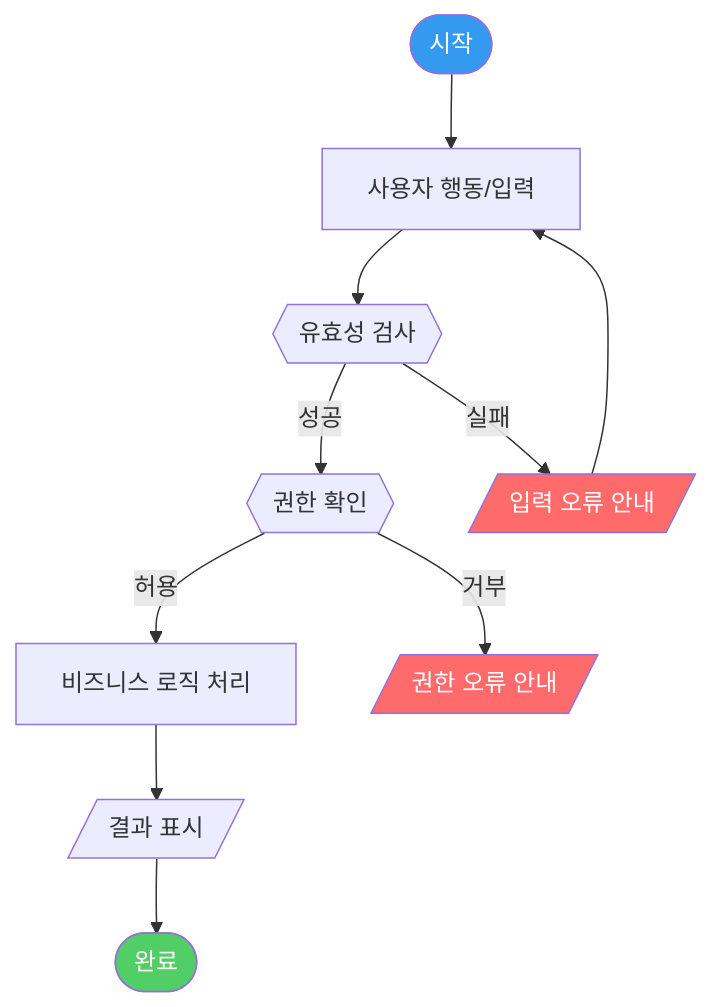
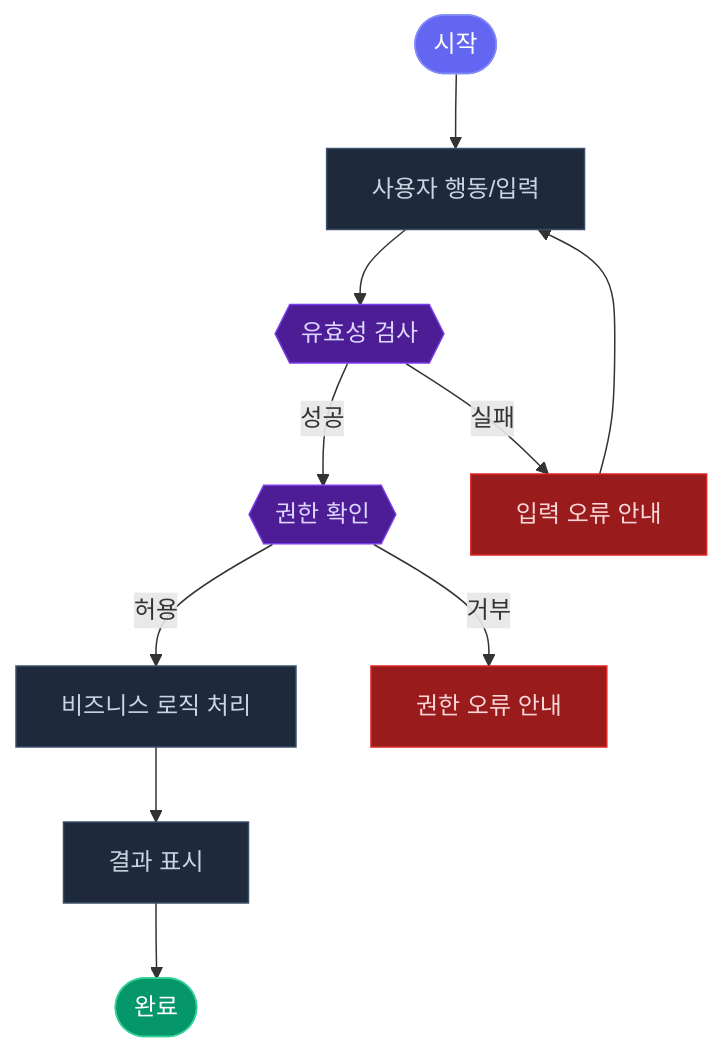
Before and after one commit to kimkm930529/ai-native-pm: the fourth of 5 diagrams in prd-agent-system/.claude/skills/diagram-generator/SKILL.md, drawn with Mermaid. The commit also changed other lines of this file and 49 other files, not shown here.

````diff
--- a/prd-agent-system/.claude/skills/diagram-generator/SKILL.md
+++ b/prd-agent-system/.claude/skills/diagram-generator/SKILL.md
@@ -63,17 +151,22 @@
 ```mermaid
 flowchart TD
     Start([시작]) --> Input["사용자 행동/입력"]
     Input --> Validate{{"유효성 검사"}}
     Validate -->|성공| Auth{{"권한 확인"}}
-    Validate -->|실패| InputError[/"입력 오류 안내"/]
+    Validate -->|실패| InputError["입력 오류 안내"]
     InputError --> Input
     Auth -->|허용| Process["비즈니스 로직 처리"]
-    Auth -->|거부| AuthError[/"권한 오류 안내"/]
-    Process --> Result[/"결과 표시"/]
+    Auth -->|거부| AuthError["권한 오류 안내"]
+    Process --> Result["결과 표시"]
     Result --> End([완료])
 
-    style InputError fill:#ff6b6b,color:#fff
-    style AuthError fill:#ff6b6b,color:#fff
-    style End fill:#51cf66,color:#fff
-    style Start fill:#339af0,color:#fff
+    style Start     fill:#6366f1,color:#fff,stroke:#818cf8
+    style End       fill:#059669,color:#fff,stroke:#34d399
+    style InputError fill:#991b1b,color:#f8d7da,stroke:#dc2626
+    style AuthError  fill:#991b1b,color:#f8d7da,stroke:#dc2626
+    style Validate   fill:#4c1d95,color:#ddd6fe,stroke:#7c3aed
+    style Auth       fill:#4c1d95,color:#ddd6fe,stroke:#7c3aed
+    style Process    fill:#1e293b,color:#cbd5e1,stroke:#3b5068
+    style Result     fill:#1e293b,color:#cbd5e1,stroke:#3b5068
+    style Input      fill:#1e293b,color:#cbd5e1,stroke:#3b5068
 ```
````
